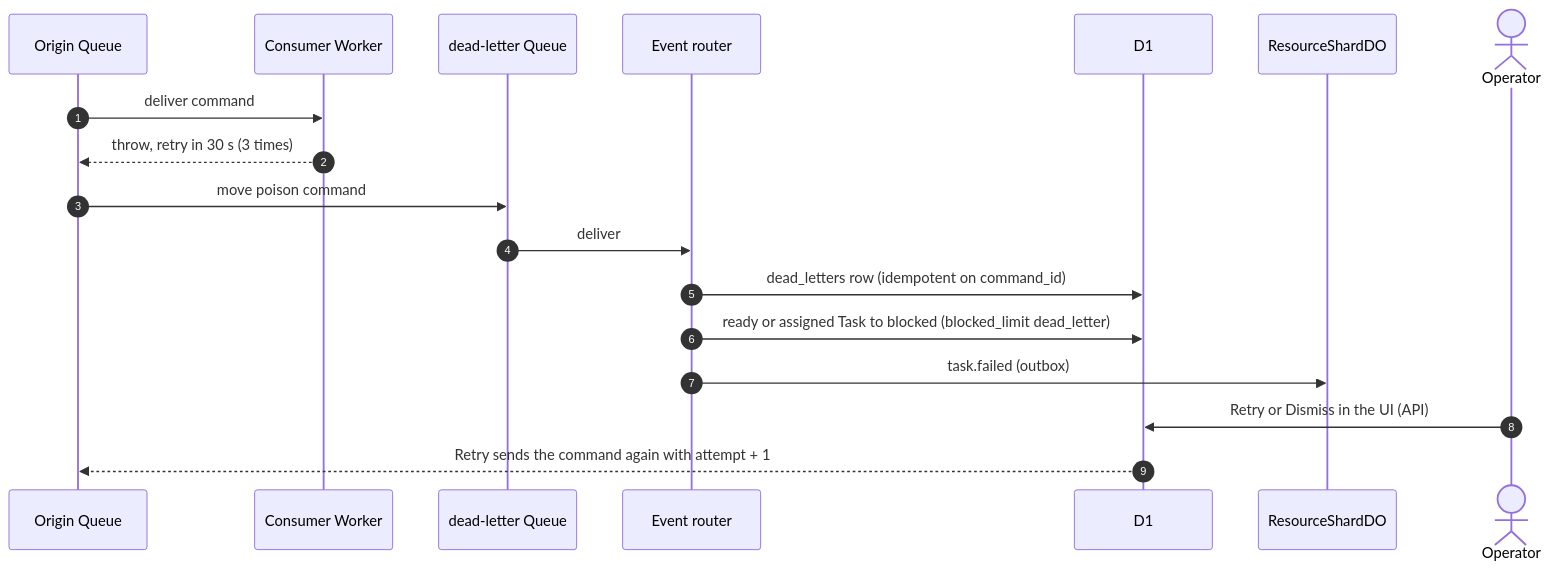
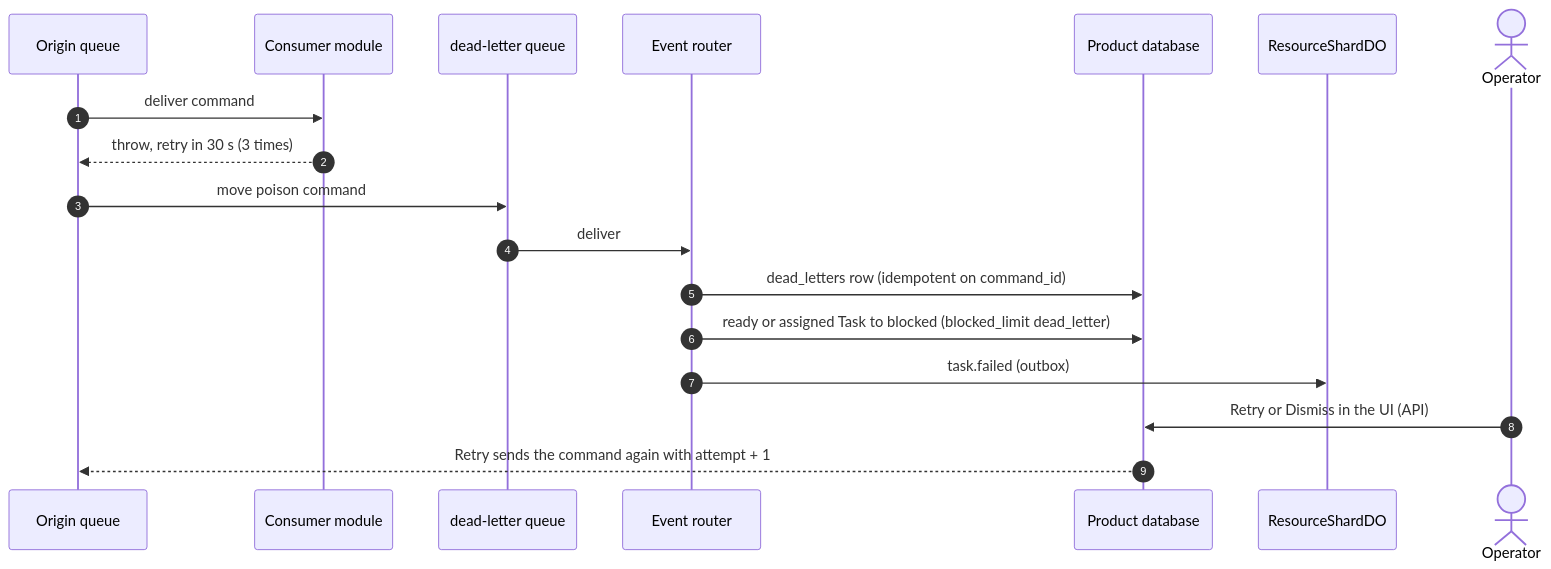
One commit to nsudhanva/rhumbatron changed the sixth of 7 diagrams in docs/architecture/events-and-commands.md. Above: the diagram before and after it, drawn with Mermaid. The commit also changed other lines of this file and 322 other files, not shown here.

````diff
--- a/docs/architecture/events-and-commands.md
+++ b/docs/architecture/events-and-commands.md
@@ -223,21 +233,21 @@
 ```mermaid
 sequenceDiagram
   autonumber
-  participant Q as Origin Queue
-  participant C as Consumer Worker
-  participant DLQ as dead-letter Queue
+  participant Q as Origin queue
+  participant C as Consumer module
+  participant DLQ as dead-letter queue
   participant ER as Event router
-  participant D1 as D1
+  participant DB as Product database
   participant Shard as ResourceShardDO
   actor Op as Operator
 
   Q->>C: deliver command
   C-->>Q: throw, retry in 30 s (3 times)
   Q->>DLQ: move poison command
   DLQ->>ER: deliver
-  ER->>D1: dead_letters row (idempotent on command_id)
-  ER->>D1: ready or assigned Task to blocked (blocked_limit dead_letter)
+  ER->>DB: dead_letters row (idempotent on command_id)
+  ER->>DB: ready or assigned Task to blocked (blocked_limit dead_letter)
   ER->>Shard: task.failed (outbox)
-  Op->>D1: Retry or Dismiss in the UI (API)
-  D1-->>Q: Retry sends the command again with attempt + 1
+  Op->>DB: Retry or Dismiss in the UI (API)
+  DB-->>Q: Retry sends the command again with attempt + 1
 ```
````
